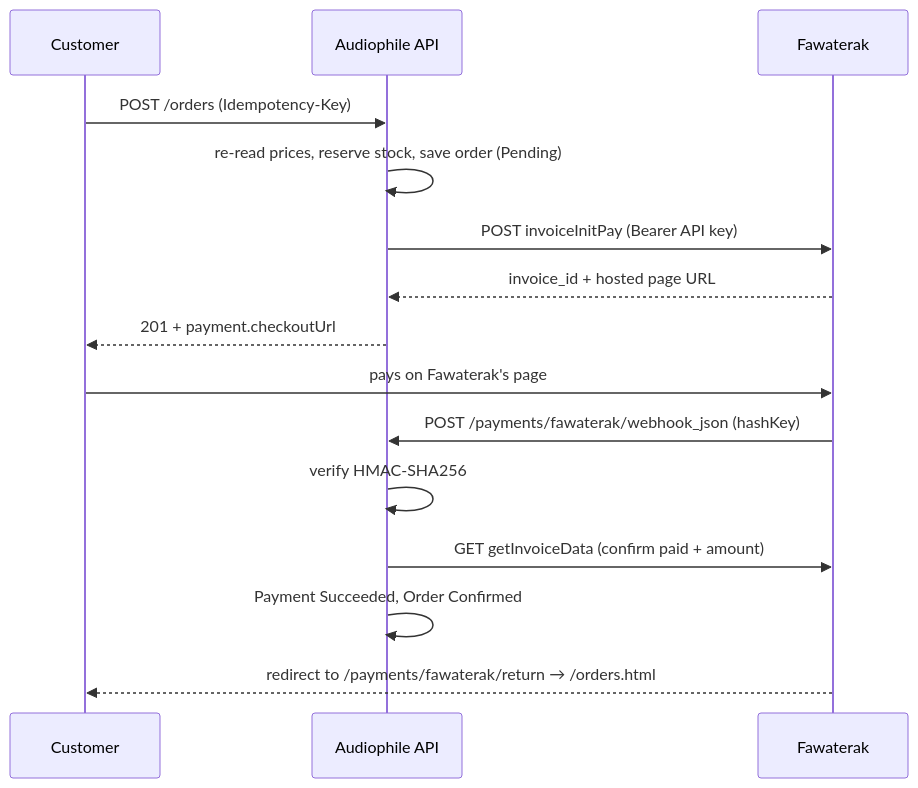
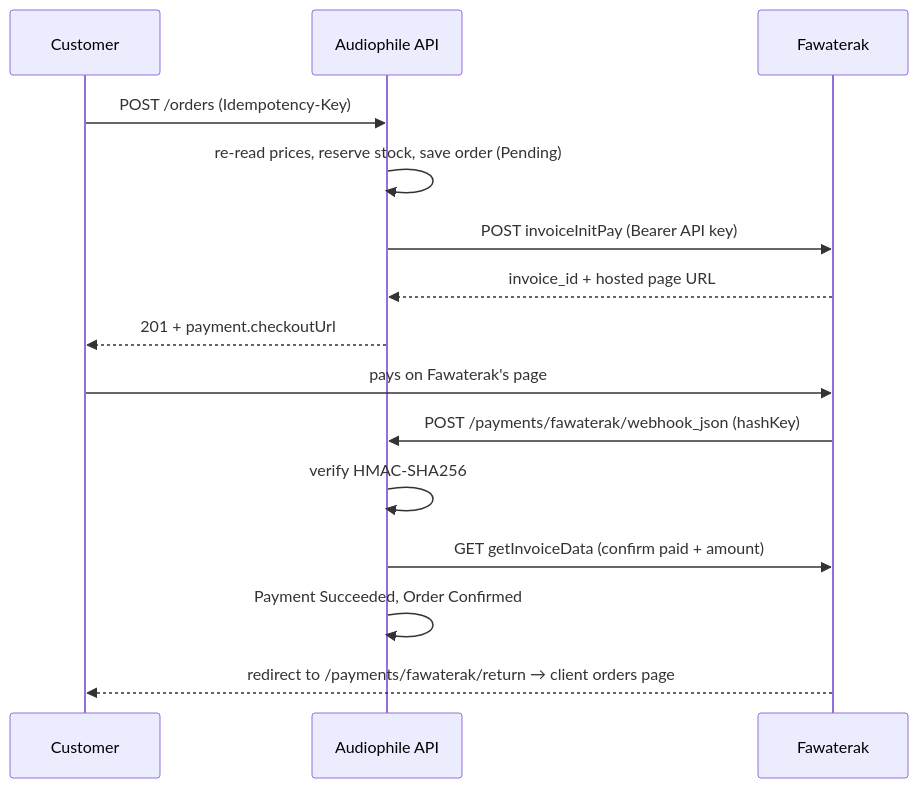
The diagram in docs/fawaterak-integration.md (nourokbi/audiophile-store), drawn with Mermaid before and after one commit. The commit also changed other lines of this file and 66 other files, not shown here.

First line of the commit message:
Checkout from the cart, Fawaterak card payments, shop connected to the API (#2)

````diff
--- a/docs/fawaterak-integration.md
+++ b/docs/fawaterak-integration.md
@@ -9,17 +11,17 @@
 ```mermaid
 sequenceDiagram
     participant C as Customer
     participant A as Audiophile API
     participant F as Fawaterak
     C->>A: POST /orders (Idempotency-Key)
     A->>A: re-read prices, reserve stock, save order (Pending)
     A->>F: POST invoiceInitPay (Bearer API key)
     F-->>A: invoice_id + hosted page URL
     A-->>C: 201 + payment.checkoutUrl
     C->>F: pays on Fawaterak's page
     F->>A: POST /payments/fawaterak/webhook_json (hashKey)
     A->>A: verify HMAC-SHA256
     A->>F: GET getInvoiceData (confirm paid + amount)
     A->>A: Payment Succeeded, Order Confirmed
-    F-->>C: redirect to /payments/fawaterak/return → /orders.html
+    F-->>C: redirect to /payments/fawaterak/return → client orders page
 ```
````
